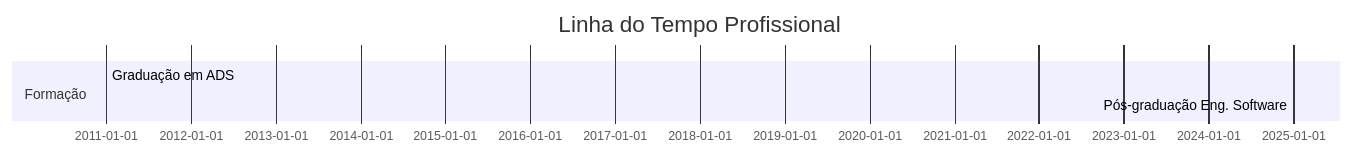
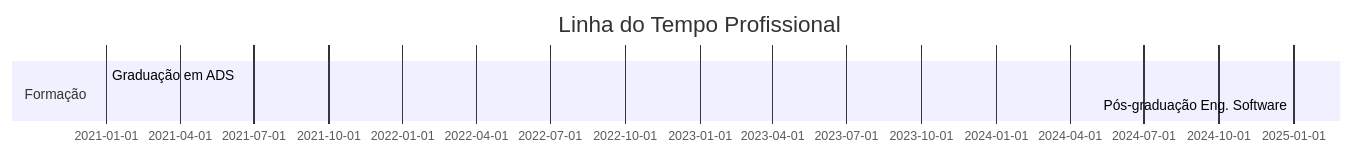
One commit to boltreskh/boltreskh changed the diagram in README.md. Above: the diagram before and after it, drawn with Mermaid. The commit also changed other lines of this file, not shown here.

Commit message:
Update header image width and fix graduation data in Gantt charts.

````diff
--- a/README.md
+++ b/README.md
@@ -66,7 +66,7 @@
 ```mermaid
 gantt
 title Linha do Tempo Profissional
 section Formação
-Graduação em ADS     :done, 2011-01-01, 2023-12-01
+Graduação em ADS     :done, 2021-01-01, 2023-12-01
 Pós-graduação Eng. Software :active, 2025-01-01, 2026-12-01
 ```
````
